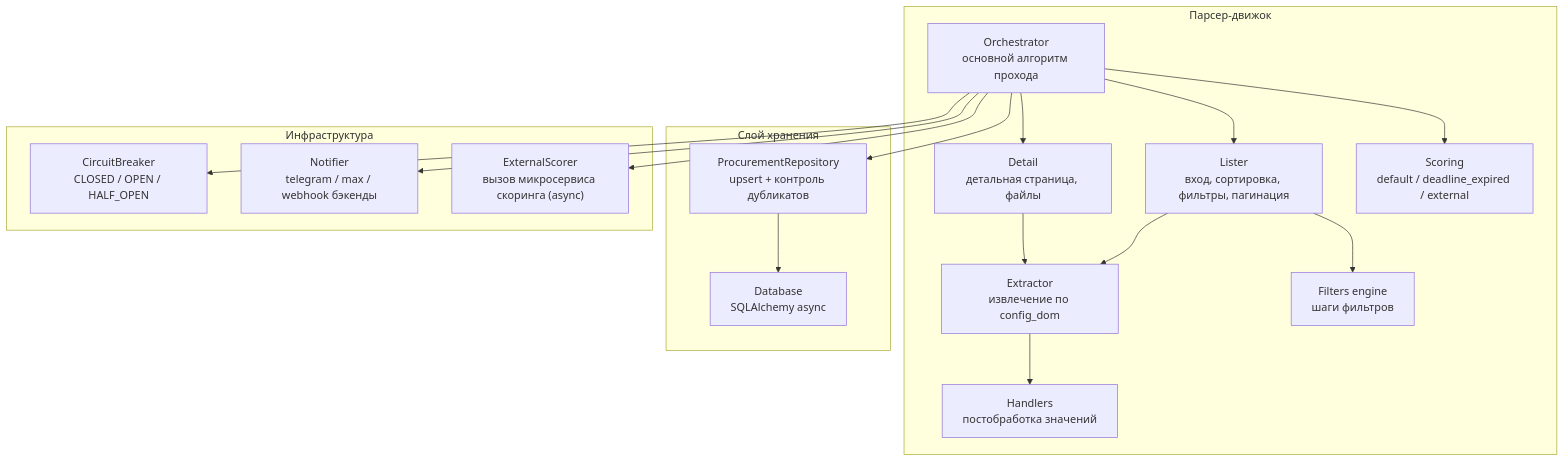
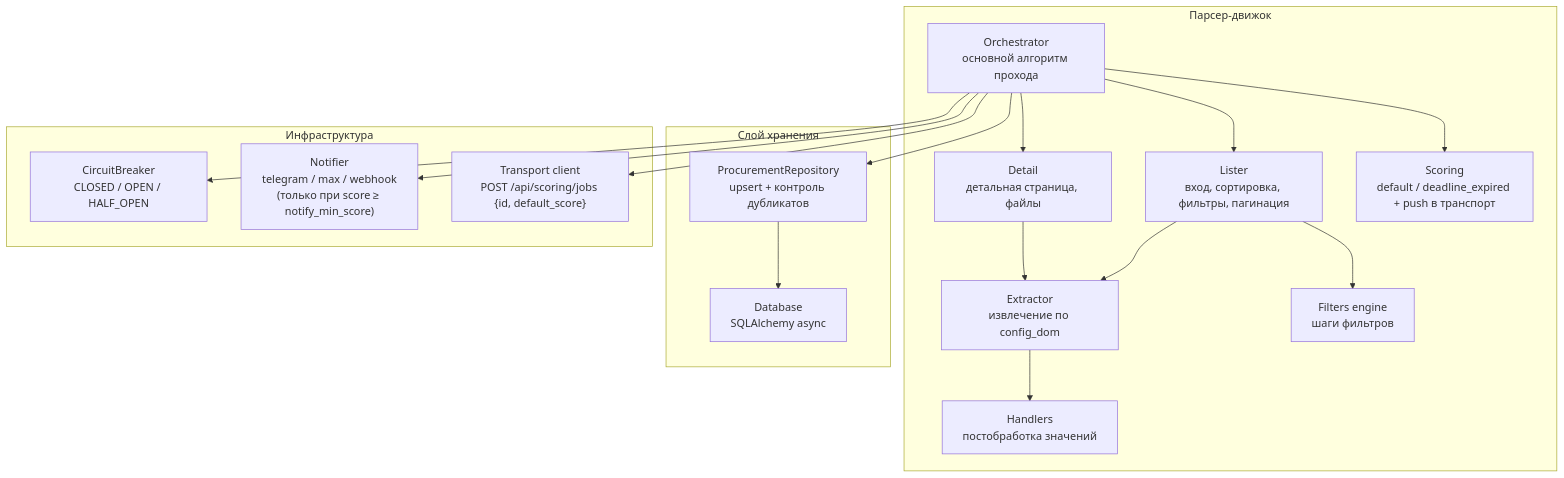
One commit to igorvolk1961/zakupki_parser changed the diagram in docs/c4/component.md. Above: the diagram before and after it, drawn with Mermaid. The commit also changed other lines of this file and 31 other files, not shown here.

First line of the commit message:
refactor(scoring): удалить deprecated-пути внешнего скоринга (ADR-7)

````diff
--- a/docs/c4/component.md
+++ b/docs/c4/component.md
@@ -5,36 +5,36 @@
 ```mermaid
 flowchart TB
     subgraph Engine["Парсер-движок"]
         ORC["Orchestrator<br/>основной алгоритм прохода"]
         LST["Lister<br/>вход, сортировка, фильтры, пагинация"]
         EXT["Extractor<br/>извлечение по config_dom"]
         DET["Detail<br/>детальная страница, файлы"]
         FLT["Filters engine<br/>шаги фильтров"]
         HND["Handlers<br/>постобработка значений"]
-        SCD["Scoring<br/>default / deadline_expired / external"]
+        SCD["Scoring<br/>default / deadline_expired + push в транспорт"]
     end
 
     subgraph Store["Слой хранения"]
         REPO["ProcurementRepository<br/>upsert + контроль дубликатов"]
         DB["Database<br/>SQLAlchemy async"]
     end
 
     subgraph Infra["Инфраструктура"]
         CB["CircuitBreaker<br/>CLOSED / OPEN / HALF_OPEN"]
-        NOT["Notifier<br/>telegram / max / webhook бэкенды"]
-        ESC["ExternalScorer<br/>вызов микросервиса скоринга (async)"]
+        NOT["Notifier<br/>telegram / max / webhook<br/>(только при score ≥ notify_min_score)"]
+        TRC["Transport client<br/>POST /api/scoring/jobs {id, default_score}"]
     end
 
     ORC --> LST
     LST --> FLT
     LST --> EXT
     ORC --> DET
     DET --> EXT
     EXT --> HND
     ORC --> SCD
     ORC --> REPO
     REPO --> DB
-    ORC --> ESC
+    ORC --> TRC
     ORC --> CB
     ORC --> NOT
 ```
````
